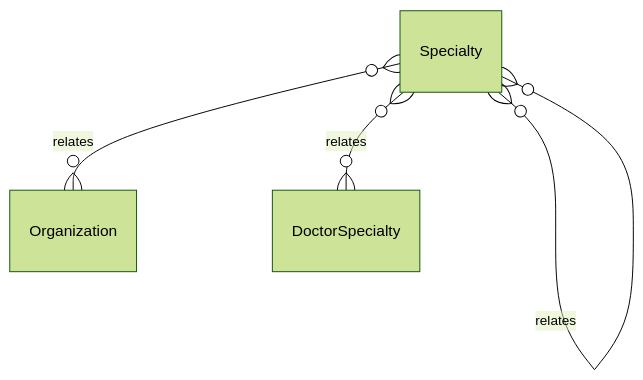
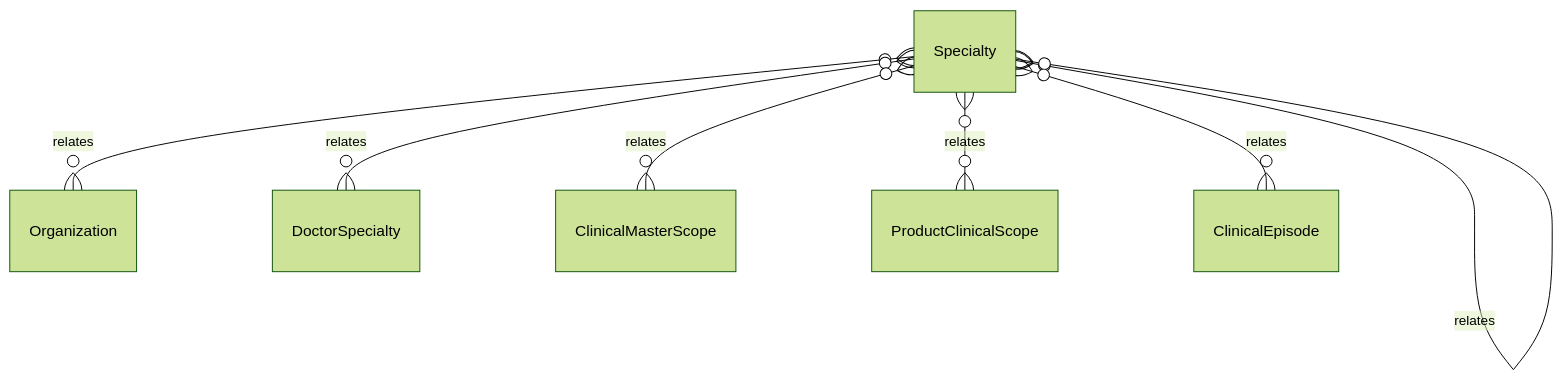
Before and after one commit to tejasnirala/rcln: the diagram in .kb/Database/Specialty.md, drawn with Mermaid (forest theme). The commit also changed other lines of this file and 115 other files, not shown here.

````diff
--- a/.kb/Database/Specialty.md
+++ b/.kb/Database/Specialty.md
@@ -51,6 +54,9 @@
 ```mermaid
 erDiagram
     Specialty }o--o{ Organization : relates
     Specialty }o--o{ Specialty : relates
     Specialty }o--o{ DoctorSpecialty : relates
+    Specialty }o--o{ ClinicalMasterScope : relates
+    Specialty }o--o{ ProductClinicalScope : relates
+    Specialty }o--o{ ClinicalEpisode : relates
 ```
````
